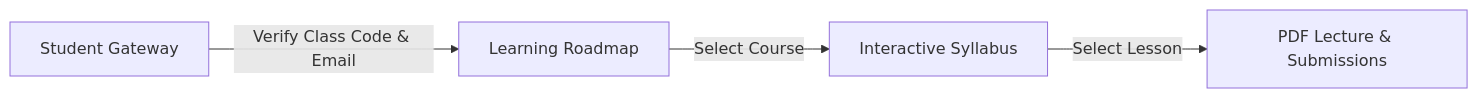
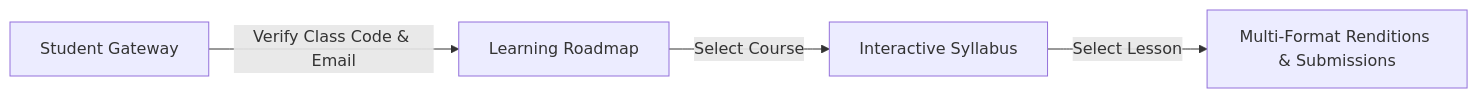
One commit to HuyVuCV1011/Teaching-os-STE changed the first of 2 diagrams in README.md. Above: the diagram before and after it, drawn with Mermaid. The commit also changed other lines of this file and 27 other files, not shown here.

Commit message:
feat: implement e-learning suite, background worker, and multi-format materials ingestion pipeline

````diff
--- a/README.md
+++ b/README.md
@@ -30,6 +44,6 @@
 ```mermaid
 graph LR
     Gateway[Student Gateway] -->|Verify Class Code & Email| Dashboard[Learning Roadmap]
     Dashboard -->|Select Course| Syllabus[Interactive Syllabus]
-    Syllabus -->|Select Lesson| Viewer[PDF Lecture & Submissions]
+    Syllabus -->|Select Lesson| Viewer[Multi-Format Renditions & Submissions]
 ```
````
